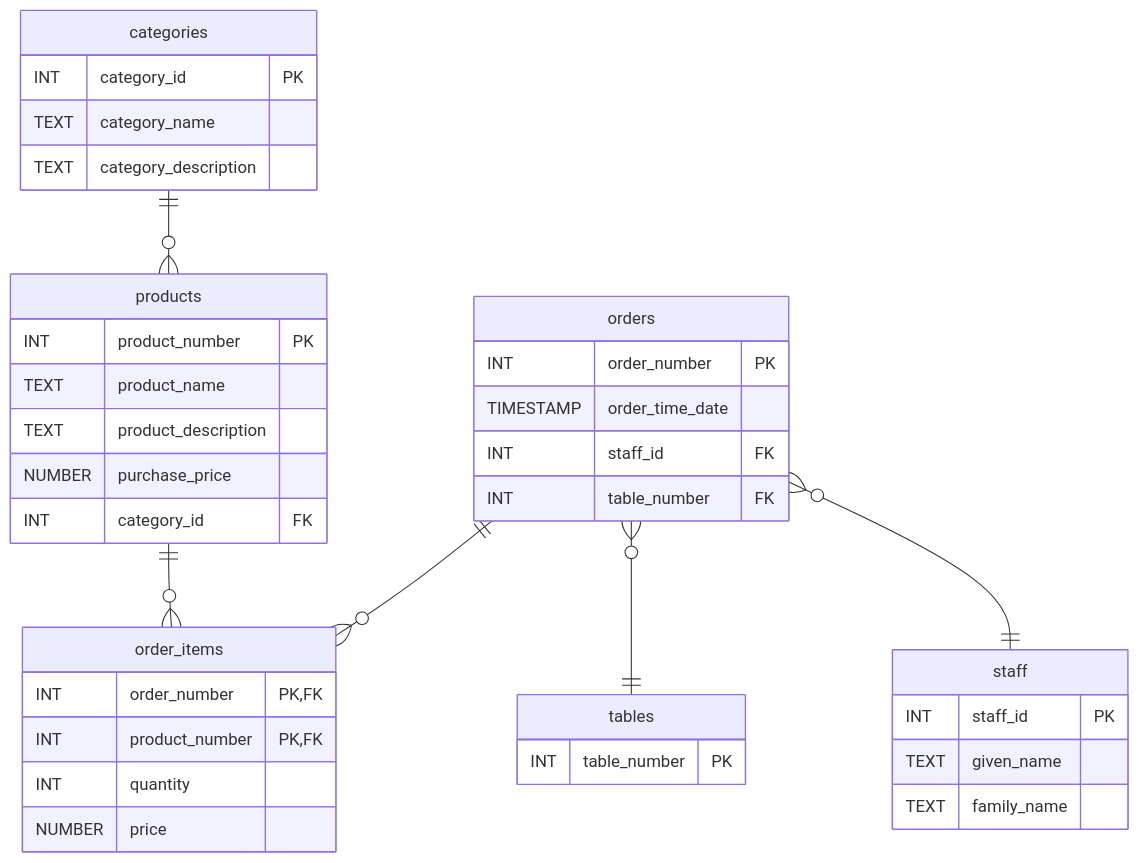
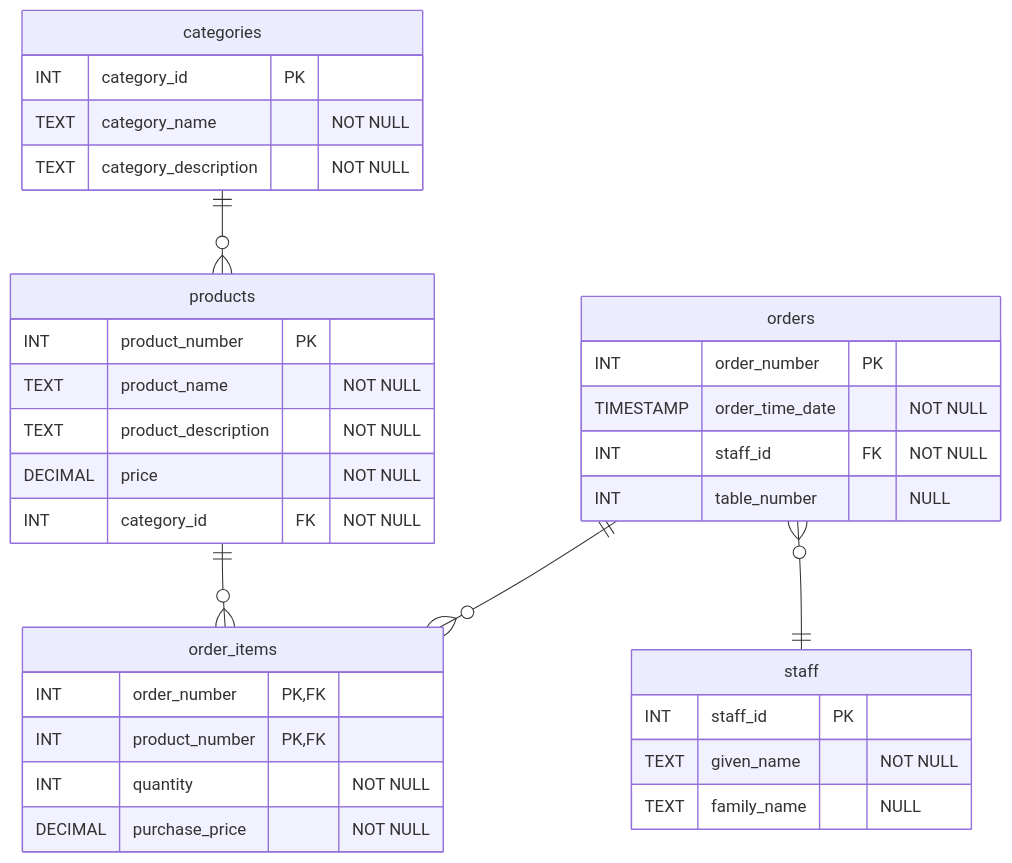
One commit to mmantle-hud/githubpages changed the second of 2 diagrams in module_4_database_design/4.2_database_design_techniques/4.2.3_solution_database_design_coffee_shop.md. Above: the diagram before and after it, drawn with Mermaid. The commit also changed other lines of this file and 6 other files, not shown here.

````diff
--- a/module_4_database_design/4.2_database_design_techniques/4.2.3_solution_database_design_coffee_shop.md
+++ b/module_4_database_design/4.2_database_design_techniques/4.2.3_solution_database_design_coffee_shop.md
@@ -58,46 +69,41 @@
 ```mermaid
 erDiagram
     categories ||--o{ products : ""
     orders ||--o{ order_items : ""
-    orders }o--|| "tables" : ""
     orders }o--|| staff : ""
     products ||--o{ order_items : ""
     
     categories {
         INT category_id PK
-        TEXT category_name
-        TEXT category_description
+        TEXT category_name "NOT NULL"
+        TEXT category_description "NOT NULL"
     }
 
     products {
         INT product_number PK
-        TEXT product_name
-        TEXT product_description
-        NUMBER purchase_price 
-        INT category_id FK
+        TEXT product_name "NOT NULL"
+        TEXT product_description "NOT NULL"
+        DECIMAL price  "NOT NULL"
+        INT category_id FK "NOT NULL"
     }
 
     orders {
         INT order_number PK
-        TIMESTAMP order_time_date
-        INT staff_id FK
-        INT table_number FK
+        TIMESTAMP order_time_date "NOT NULL"
+        INT staff_id FK "NOT NULL"
+        INT table_number "NULL"
     }
 
     order_items{
         INT order_number PK,FK
         INT product_number PK,FK
-        INT quantity
-        NUMBER price
-    }
-
-    tables{
-        INT table_number PK
+        INT quantity "NOT NULL"
+        DECIMAL purchase_price "NOT NULL"
     }
 
     staff{
         INT staff_id PK
-        TEXT given_name
-        TEXT family_name
+        TEXT given_name "NOT NULL"
+        TEXT family_name "NULL"
     }
 ```
````
